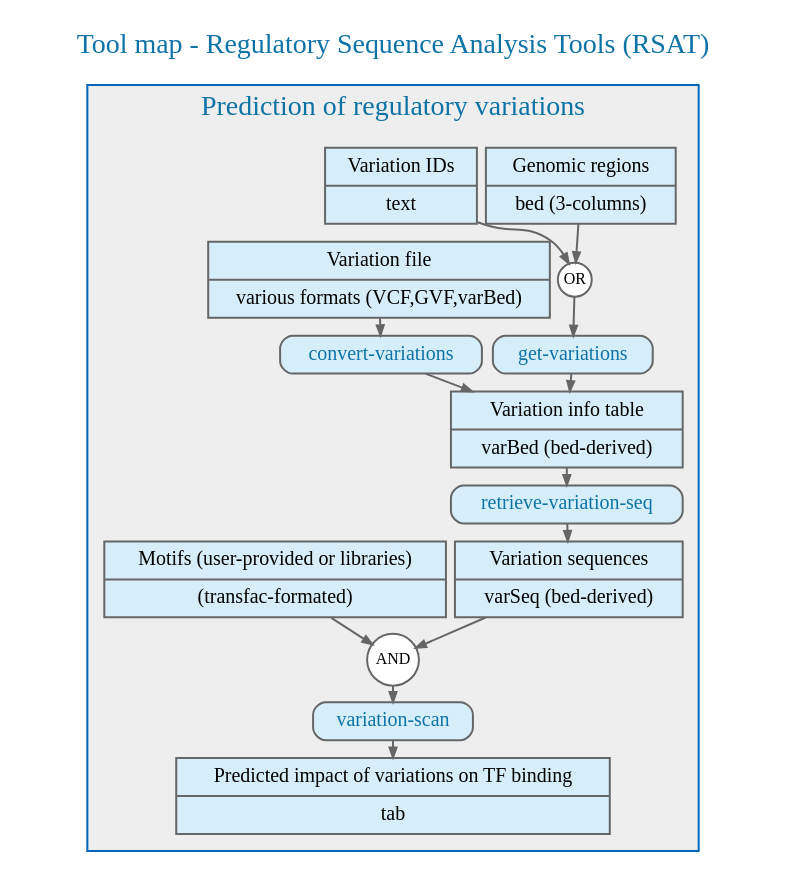
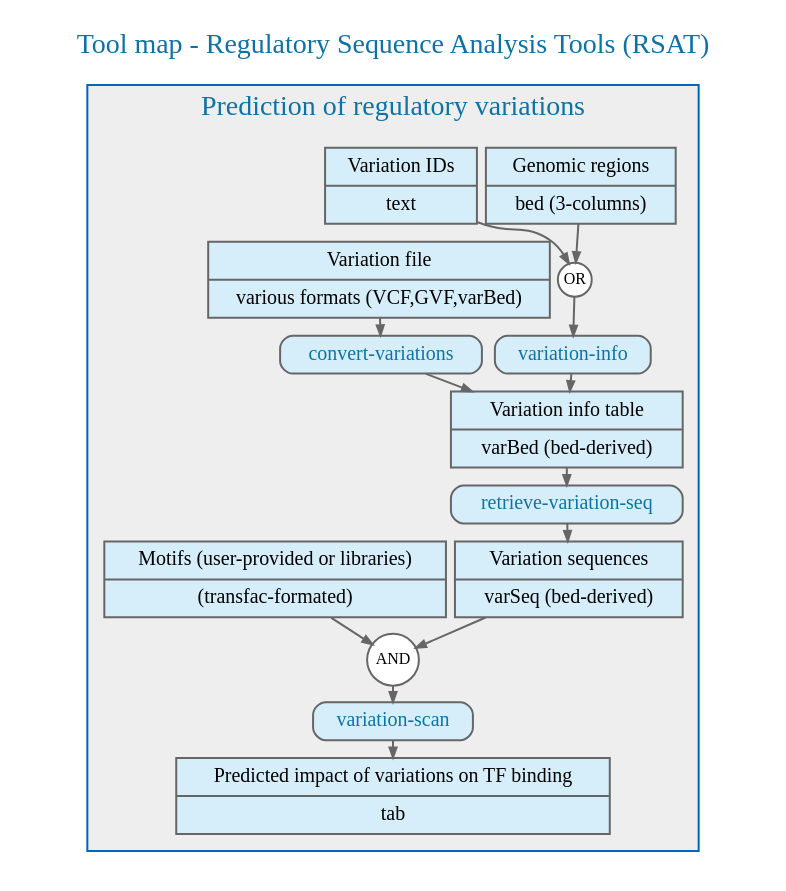
The diagram in doc/flowcharts/regulatory_variations.dot (rsa-tools/rsat-code), drawn with Graphviz before and after one commit. The commit also changed 1 other file, not shown here.

Commit message:
renamed get-variations variation-info

```diff
--- a/doc/flowcharts/regulatory_variations.dot
+++ b/doc/flowcharts/regulatory_variations.dot
@@ -1,54 +1,54 @@
 ################################################################
 ## Tool map of the tools to analyze regulatory variants in 
 ## Regulatory Sequence Analysis Tools (RSAT)
 ##
 ## Author: Jacques van Helden
 
-digraph {	
+digraph {
 	## General properties of the graph (font, color, ...)
-	graph [fontname="ArialBlack",fontsize="14", label="Tool map - Regulatory Sequence Analysis Tools (RSAT)" labelloc="t", fontcolor="#0066BB", nodesep="0.05", ranksep="0.1", URL="http://localhost/rsat/", fontcolor="#0D73A7"];
+	graph [fontname="ArialBlack",fontsize="14", label="Tool map - Regulatory Sequence Analysis Tools (RSAT)" labelloc="t", fontcolor="#0066BB", nodesep="0.05", ranksep="0.1", URL="http://teaching.rsat.eu/", fontcolor="#0D73A7"];
 	edge [fontname="ArialMT",fontsize="10",labelfontname="ArialMT",labelfontsize="10", arrowsize="0.5", color="#666666"];
 	node [fontname="ArialMT",fontsize="10",shape=record,height="0.2", color="#666666"];
 
 	subgraph cluster_0 {
 		color="#0066BB";
 		bgcolor="#EEEEEE";
 		label = "Prediction of regulatory variations";
 
     genomic_regions  [shape="record", style="filled", fillcolor="#D6EEFA", label="{Genomic regions|bed (3-columns)}"];
     variation_ids  [shape="record", style="filled", fillcolor="#D6EEFA", label="{Variation IDs|text}"];
     genomic_regions -> 	get_variations_input
     variation_ids -> 	get_variations_input
     get_variations_input  [shape="circle", style="filled", fillcolor="#FFFFFF", label="OR" fontsize=8 width="0.001" height="0.001" margin="0"];
 
     ## Convert variations
     variation_file  [shape="record", style="filled", fillcolor="#D6EEFA", label="{Variation file|various formats (VCF,GVF,varBed)}"];
     variation_file -> convert_variations
-    convert_variations  [shape="record", style="rounded, filled", fillcolor="#D6EEFA", label="{convert-variations}", URL="http://localhost/rsat/convert-variations_form.cgi", fontcolor="#0D73A7"];
+    convert_variations  [shape="record", style="rounded, filled", fillcolor="#D6EEFA", label="{convert-variations}", URL="http://teaching.rsat.eu/convert-variations_form.cgi", fontcolor="#0D73A7"];
     convert_variations -> variation_info_table
 
     ## Get variations
     get_variations_input -> get_variations
-    get_variations  [shape="record", style="rounded, filled", fillcolor="#D6EEFA", label="{get-variations}", URL="http://localhost/rsat/get-variations_form.cgi", fontcolor="#0D73A7"];
+    get_variations  [shape="record", style="rounded, filled", fillcolor="#D6EEFA", label="{variation-info}", URL="http://teaching.rsat.eu/variation-info_form.cgi", fontcolor="#0D73A7"];
     get_variations -> variation_info_table
     variation_info_table  [shape="record", style="filled", fillcolor="#D6EEFA", label="{Variation info table|varBed (bed-derived)}"];
 
     ## Retrieve-variations
     variation_info_table -> retrieve_variation_seq
-    retrieve_variation_seq  [shape="record", style="rounded, filled", fillcolor="#D6EEFA", label="{retrieve-variation-seq}", URL="http://localhost/rsat/retrieve-variation-seq_form.cgi", fontcolor="#0D73A7"];
+    retrieve_variation_seq  [shape="record", style="rounded, filled", fillcolor="#D6EEFA", label="{retrieve-variation-seq}", URL="http://teaching.rsat.eu/retrieve-variation-seq_form.cgi", fontcolor="#0D73A7"];
     retrieve_variation_seq -> variation_sequences
     variation_sequences   [shape="record", style="filled", fillcolor="#D6EEFA", label="{Variation sequences|varSeq (bed-derived)}"];
 
     motifs   [shape="record", style="filled", fillcolor="#D6EEFA", label="{Motifs (user-provided or libraries)|(transfac-formated)}"];
 
     variation_sequences -> variation_scan_input
     motifs -> variation_scan_input
 
     variation_scan_input [shape="circle", style="filled", fillcolor="#FFFFFF", label="AND" fontsize=8 width="0.001" height="0.001" margin="0"];
     variation_scan_input -> variation_scan
-    variation_scan  [shape="record", style="rounded, filled", fillcolor="#D6EEFA", label="{variation-scan}", URL="http://localhost/rsat/variation-scan_form.cgi", fontcolor="#0D73A7"];
+    variation_scan  [shape="record", style="rounded, filled", fillcolor="#D6EEFA", label="{variation-scan}", URL="http://teaching.rsat.eu/variation-scan_form.cgi", fontcolor="#0D73A7"];
     variation_scan -> variation_impact
     variation_impact   [shape="record", style="filled", fillcolor="#D6EEFA", label="{Predicted impact of variations on TF binding|tab}"];
     }    
 
 }
```
